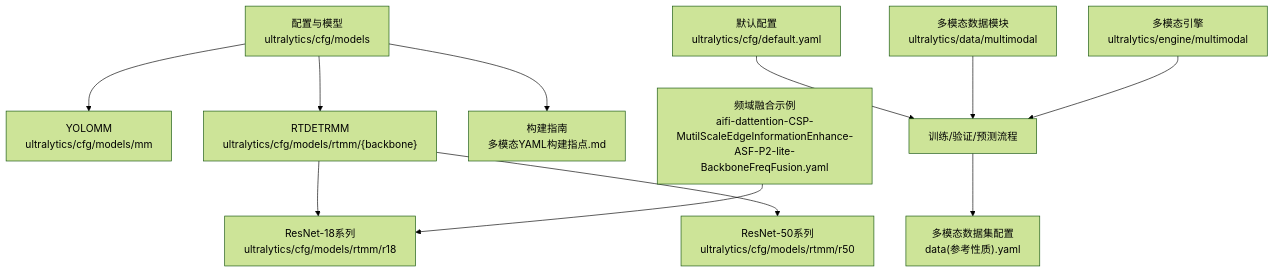
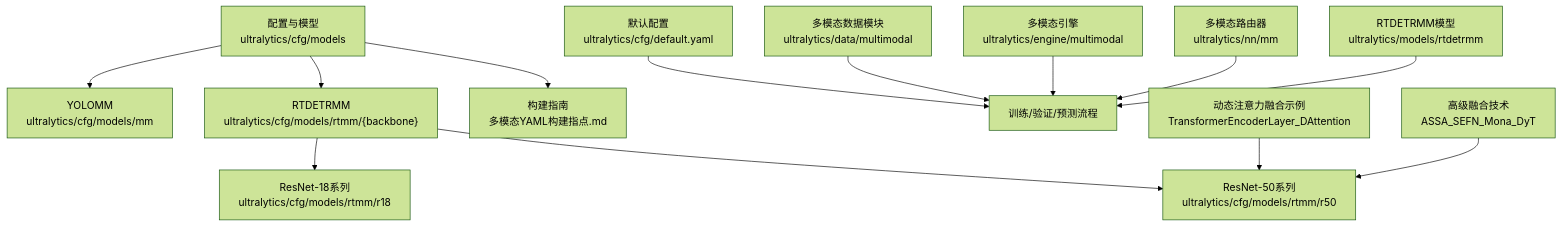
One commit to 2208754827/MM-IMPROVE changed the first of 6 diagrams in .qoder/repowiki/zh/content/模型配置与管理/模型配置与管理.md. Above: the diagram before and after it, drawn with Mermaid (forest theme). The commit also changed other lines of this file and 411 other files, not shown here.

````diff
--- a/.qoder/repowiki/zh/content/模型配置与管理/模型配置与管理.md
+++ b/.qoder/repowiki/zh/content/模型配置与管理/模型配置与管理.md
@@ -57,13 +66,15 @@
 ```mermaid
 graph TB
 A["配置与模型<br/>ultralytics/cfg/models"] --> B["YOLOMM<br/>ultralytics/cfg/models/mm"]
 A --> C["RTDETRMM<br/>ultralytics/cfg/models/rtmm/{backbone}"]
 C --> C1["ResNet-18系列<br/>ultralytics/cfg/models/rtmm/r18"]
 C --> C2["ResNet-50系列<br/>ultralytics/cfg/models/rtmm/r50"]
 A --> D["构建指南<br/>多模态YAML构建指点.md"]
 E["默认配置<br/>ultralytics/cfg/default.yaml"] --> F["训练/验证/预测流程"]
 G["多模态数据模块<br/>ultralytics/data/multimodal"] --> F
 H["多模态引擎<br/>ultralytics/engine/multimodal"] --> F
-I["频域融合示例<br/>aifi-dattention-CSP-MutilScaleEdgeInformationEnhance-ASF-P2-lite-BackboneFreqFusion.yaml"] --> C1
-F --> J["多模态数据集配置<br/>data(参考性质).yaml"]
+I["多模态路由器<br/>ultralytics/nn/mm"] --> F
+J["RTDETRMM模型<br/>ultralytics/models/rtdetrmm"] --> F
+K["动态注意力融合示例<br/>TransformerEncoderLayer_DAttention"] --> C2
+L["高级融合技术<br/>ASSA_SEFN_Mona_DyT"] --> C2
 ```
````
